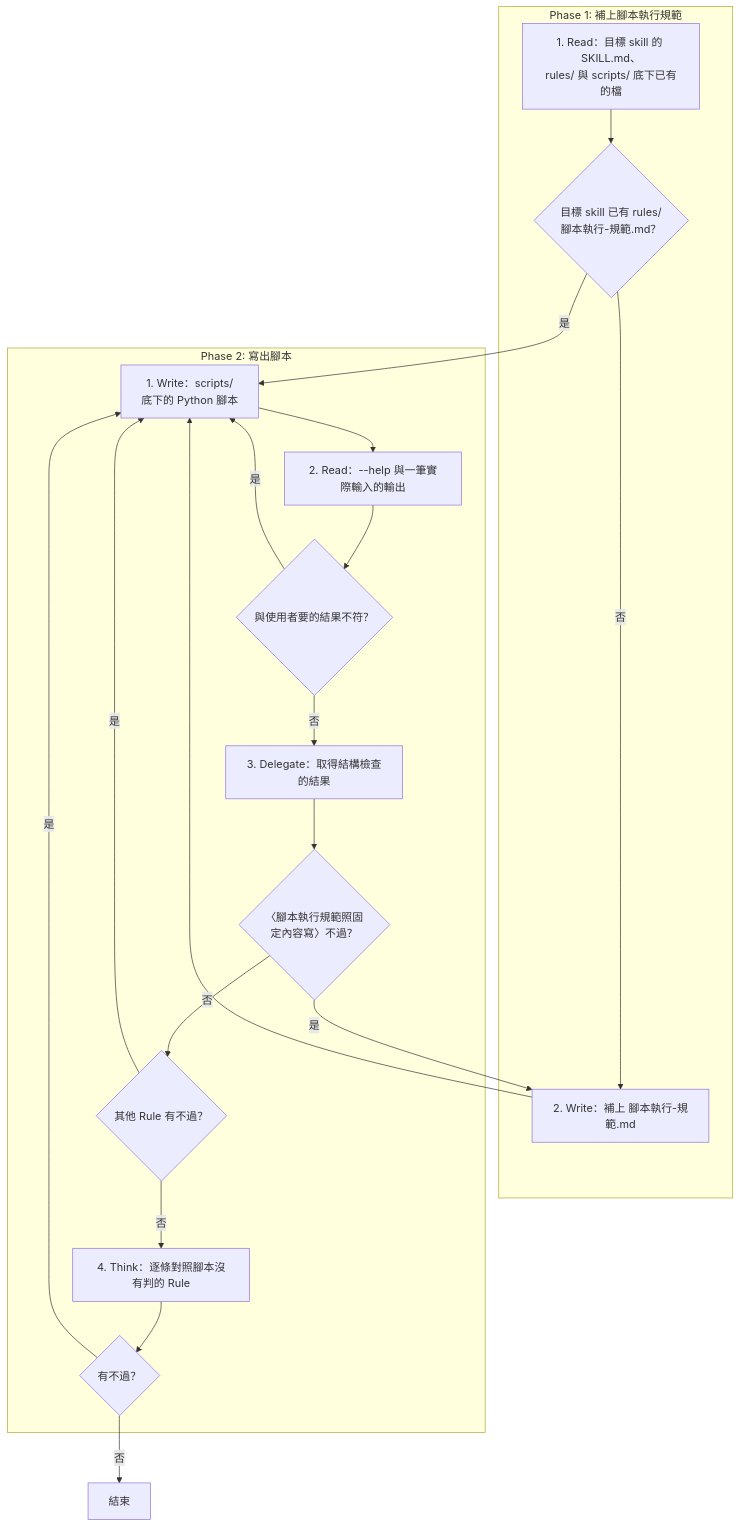
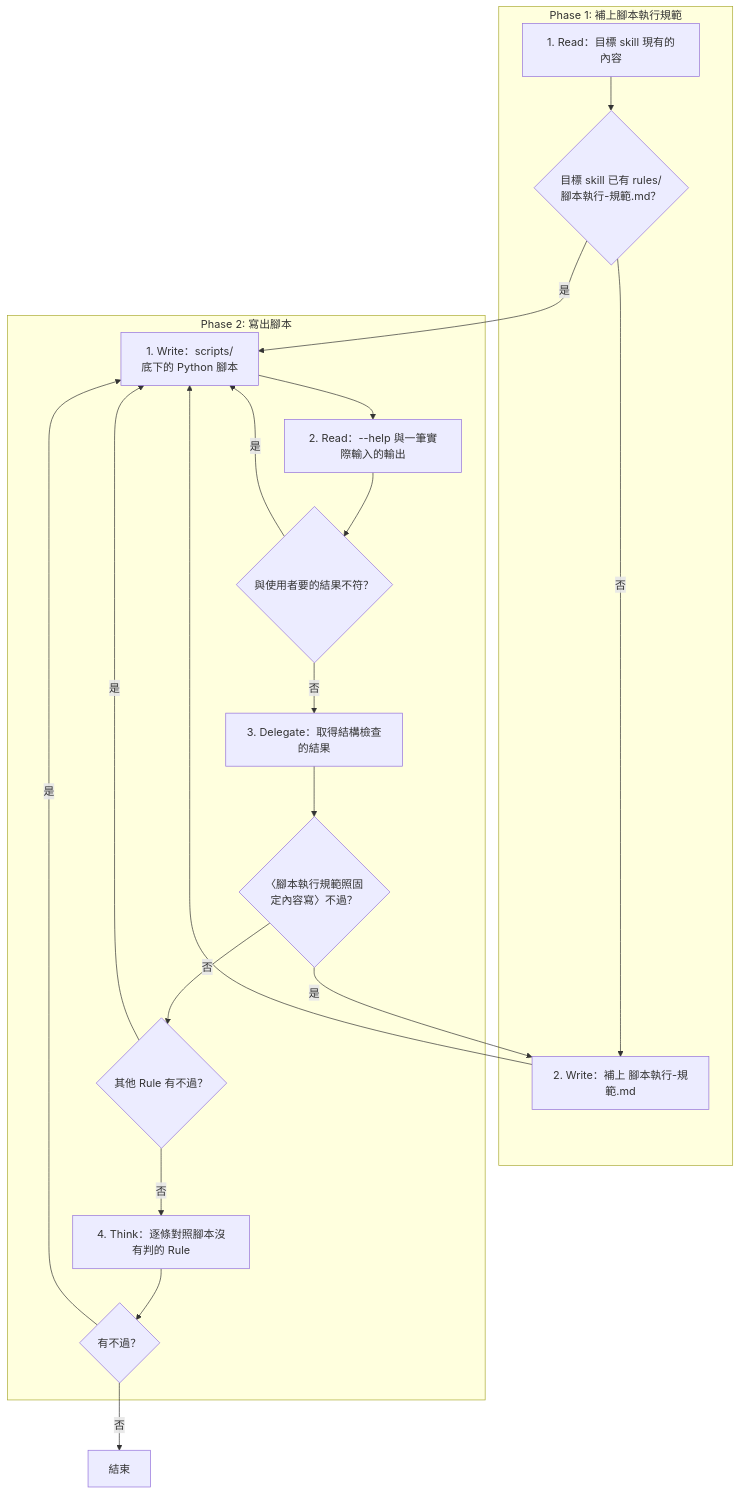
The diagram in .claude/skills/skill-form-script/SKILL.md (AI-x-BDD/BDGG-Dev-Skills), drawn with Mermaid before and after one commit. The commit also changed other lines of this file and 33 other files, not shown here.

````diff
--- a/.claude/skills/skill-form-script/SKILL.md
+++ b/.claude/skills/skill-form-script/SKILL.md
@@ -21,35 +21,35 @@
 ```mermaid
 flowchart TD
     subgraph P1["Phase 1: 補上腳本執行規範"]
-        P1S1["1. Read：目標 skill 的 SKILL.md、<br/>rules/ 與 scripts/ 底下已有的檔"]
+        P1S1["1. Read：目標 skill 現有的內容"]
         G_P1S1_1{"目標 skill 已有 rules/<br/>腳本執行-規範.md？"}
         P1S2["2. Write：補上 腳本執行-規範.md"]
     end
     subgraph P2["Phase 2: 寫出腳本"]
         P2S1["1. Write：scripts/<br/>底下的 Python 腳本"]
         P2S2["2. Read：--help 與一筆實際輸入的輸出"]
         G_P2S2_1{"與使用者要的結果不符？"}
         P2S3["3. Delegate：取得結構檢查的結果"]
         G_P2S3_1{"〈腳本執行規範照固<br/>定內容寫〉不過？"}
         G_P2S3_2{"其他 Rule 有不過？"}
         P2S4["4. Think：逐條對照腳本沒有判的 Rule"]
         G_P2S4_1{"有不過？"}
     end
     End["結束"]
     P1S1 --> G_P1S1_1
     G_P1S1_1 -->|是| P2S1
     G_P1S1_1 -->|否| P1S2
     P1S2 --> P2S1
     P2S1 --> P2S2
     P2S2 --> G_P2S2_1
     G_P2S2_1 -->|是| P2S1
     G_P2S2_1 -->|否| P2S3
     P2S3 --> G_P2S3_1
     G_P2S3_1 -->|是| P1S2
     G_P2S3_1 -->|否| G_P2S3_2
     G_P2S3_2 -->|是| P2S1
     G_P2S3_2 -->|否| P2S4
     P2S4 --> G_P2S4_1
     G_P2S4_1 -->|是| P2S1
     G_P2S4_1 -->|否| End
 ```
````
